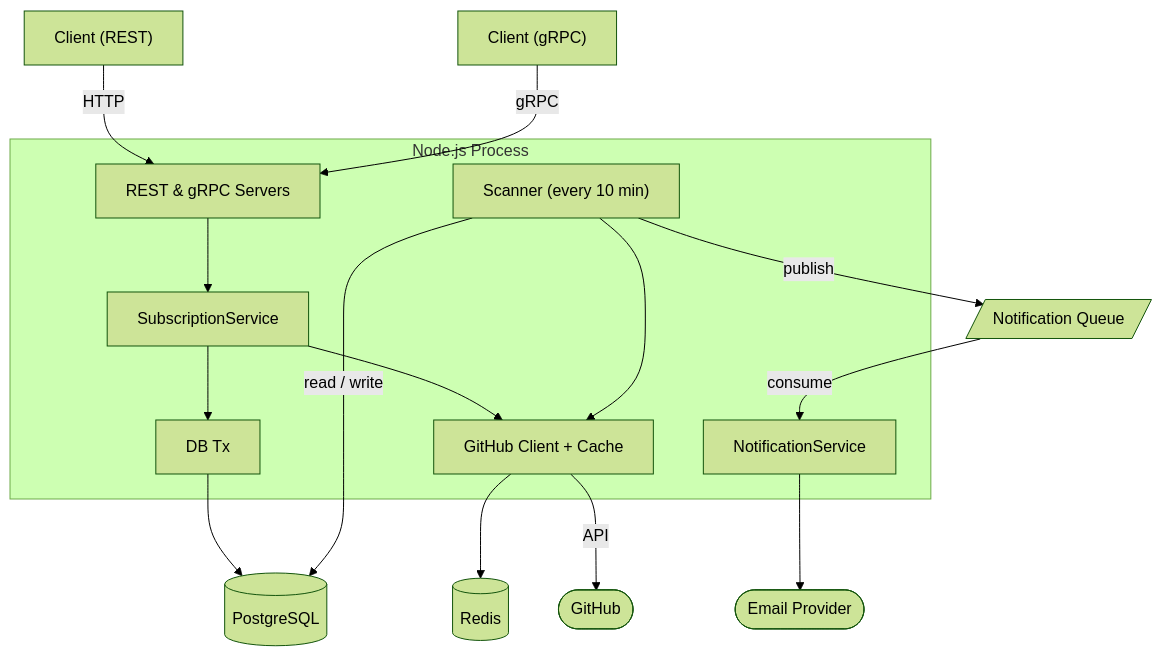
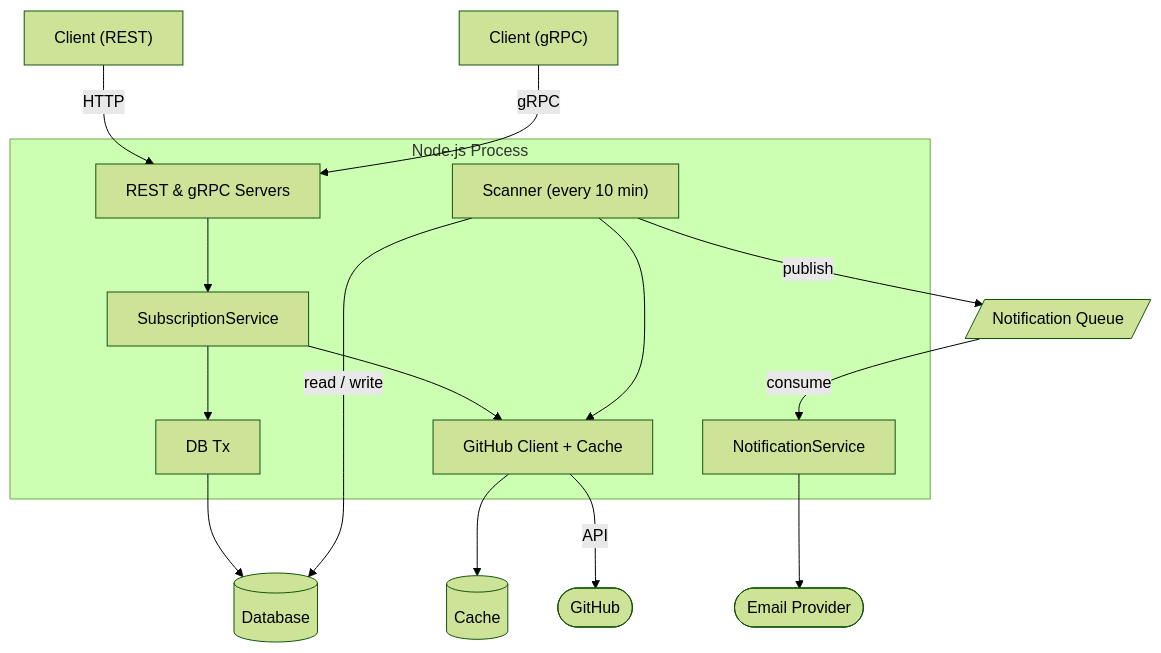
Before and after one commit to GenesisEducationKyiv/software-engineering-school-6-0-Crosshell: the diagram in docs/system-design.md, drawn with Mermaid (forest theme). The commit also changed other lines of this file, not shown here.

````diff
--- a/docs/system-design.md
+++ b/docs/system-design.md
@@ -44,34 +44,34 @@
 ```mermaid
 flowchart TD
     REST["Client (REST)"]
     GRPC["Client (gRPC)"]
 
     subgraph proc["Node.js Process"]
         Servers["REST & gRPC Servers"]
         SS["SubscriptionService"]
         DBTx["DB Tx"]
         GHClient["GitHub Client + Cache"]
         Scanner["Scanner (every 10 min)"]
         NS["NotificationService"]
     end
 
-    PG[("PostgreSQL")]
-    Redis[("Redis")]
+    DB[("Database")]
+    Cache[("Cache")]
     Queue[/"Notification Queue"/]
     GitHub(["GitHub"])
     Email(["Email Provider"])
 
     REST -->|HTTP| Servers
     GRPC -->|gRPC| Servers
     Servers --> SS
     SS --> DBTx
     SS --> GHClient
-    DBTx --> PG
-    GHClient --> Redis
+    DBTx --> DB
+    GHClient --> Cache
     GHClient -->|API| GitHub
-    Scanner -->|read / write| PG
+    Scanner -->|read / write| DB
     Scanner --> GHClient
     Scanner -->|publish| Queue
     Queue -->|consume| NS
     NS --> Email
 ```
````
